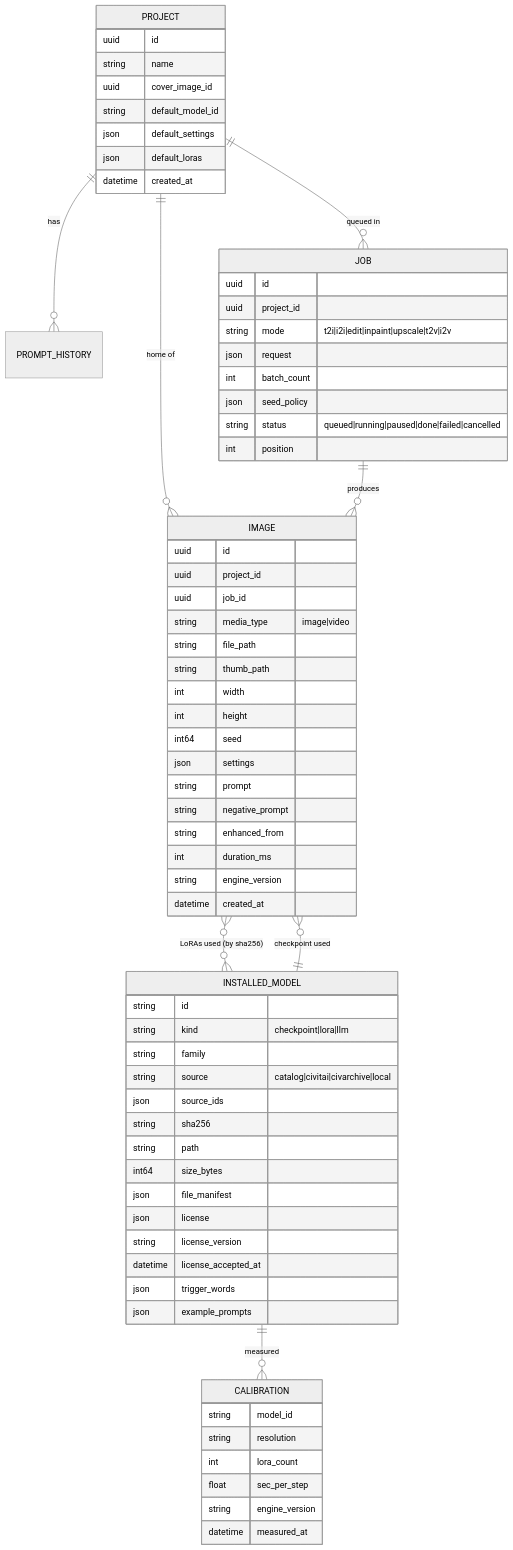
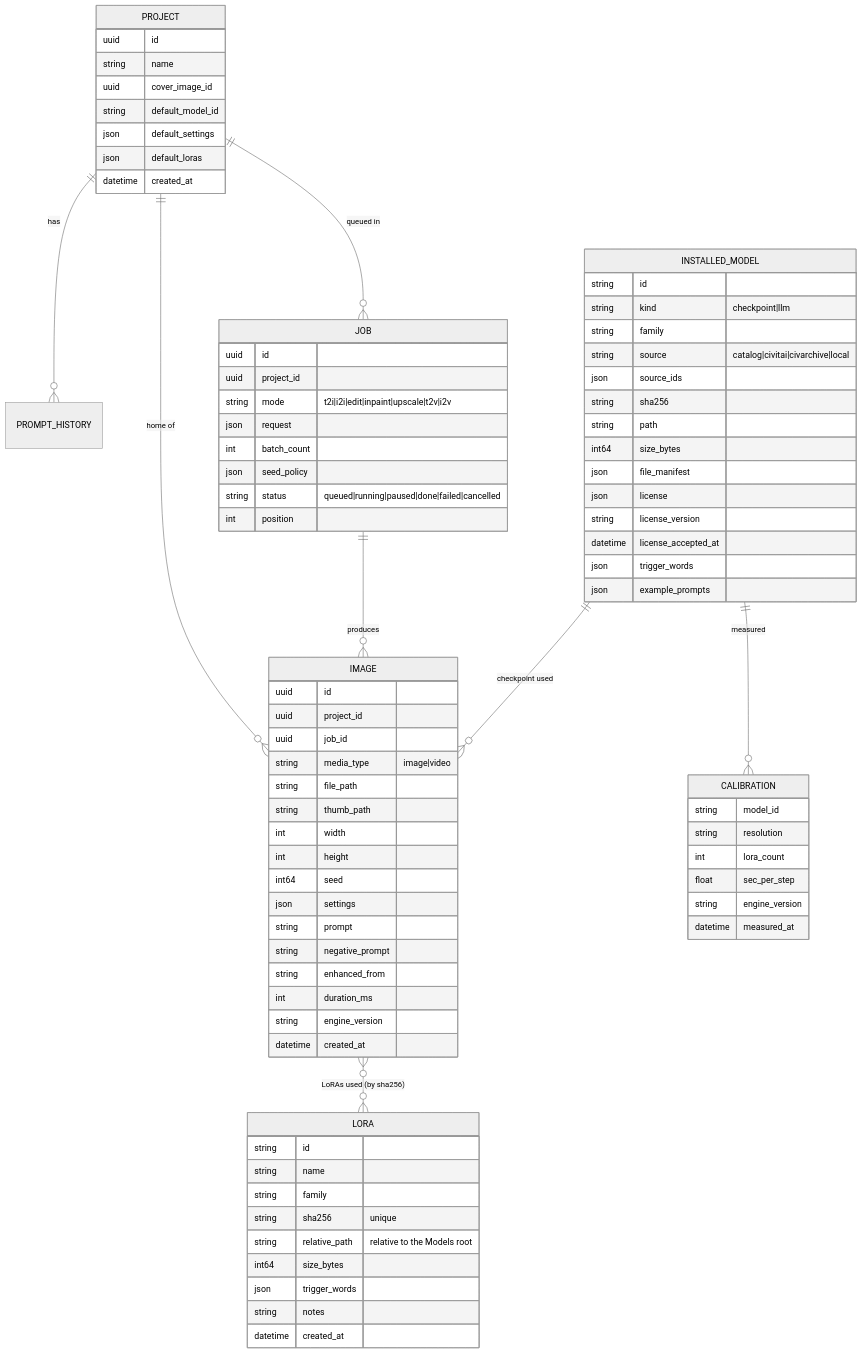
The fifth of 5 diagrams in docs/HLD.md (fearless-holdings/mlx-create), drawn with Mermaid (neutral theme) before and after one commit. The commit also changed other lines of this file and 4 other files, not shown here.

```diff
--- a/docs/HLD.md
+++ b/docs/HLD.md
@@ -478,7 +479,7 @@
   PROJECT ||--o{ JOB : "queued in"
   JOB ||--o{ IMAGE : produces
   INSTALLED_MODEL ||--o{ IMAGE : "checkpoint used"
-  IMAGE }o--o{ INSTALLED_MODEL : "LoRAs used (by sha256)"
+  IMAGE }o--o{ LORA : "LoRAs used (by sha256)"
   INSTALLED_MODEL ||--o{ CALIBRATION : measured
 
   PROJECT {
@@ -520,7 +521,7 @@
   }
   INSTALLED_MODEL {
     string id
-    string kind "checkpoint|lora|llm"
+    string kind "checkpoint|llm"
     string family
     string source "catalog|civitai|civarchive|local"
     json source_ids
@@ -534,6 +535,17 @@
     json trigger_words
     json example_prompts
   }
+  LORA {
+    string id
+    string name
+    string family
+    string sha256 "unique"
+    string relative_path "relative to the Models root"
+    int64 size_bytes
+    json trigger_words
+    string notes
+    datetime created_at
+  }
   CALIBRATION {
     string model_id
     string resolution
```
